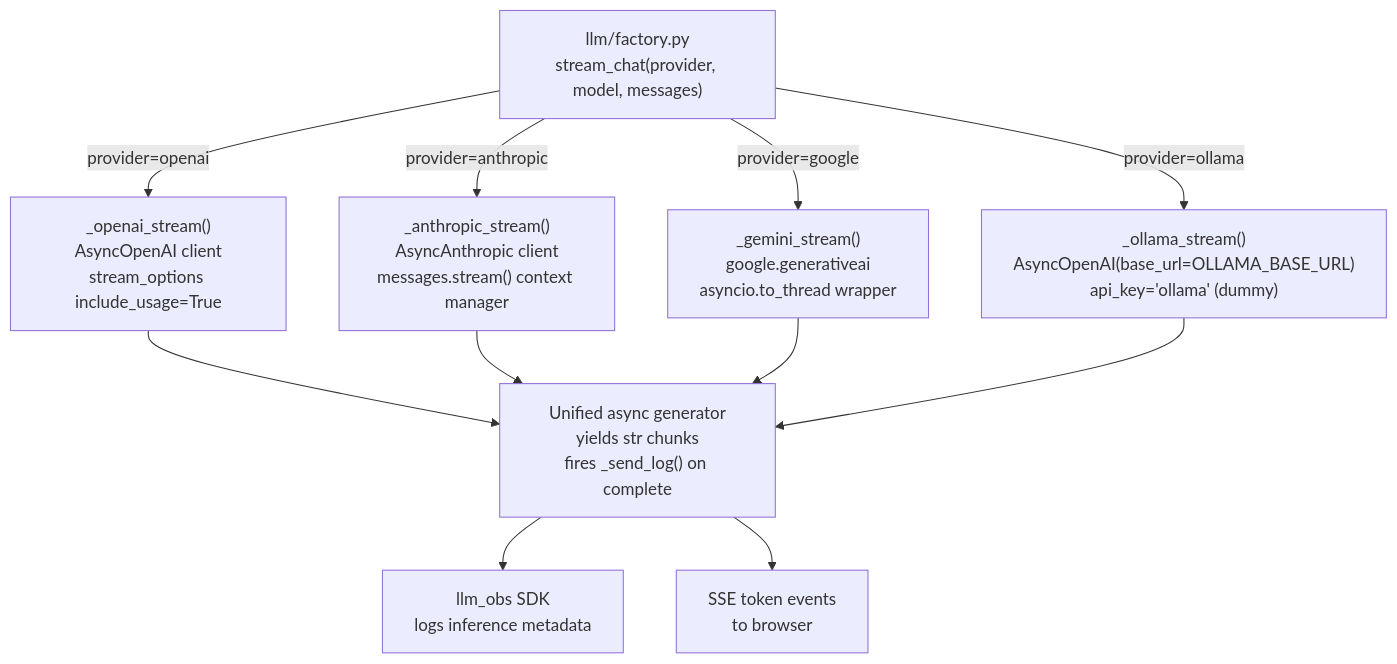
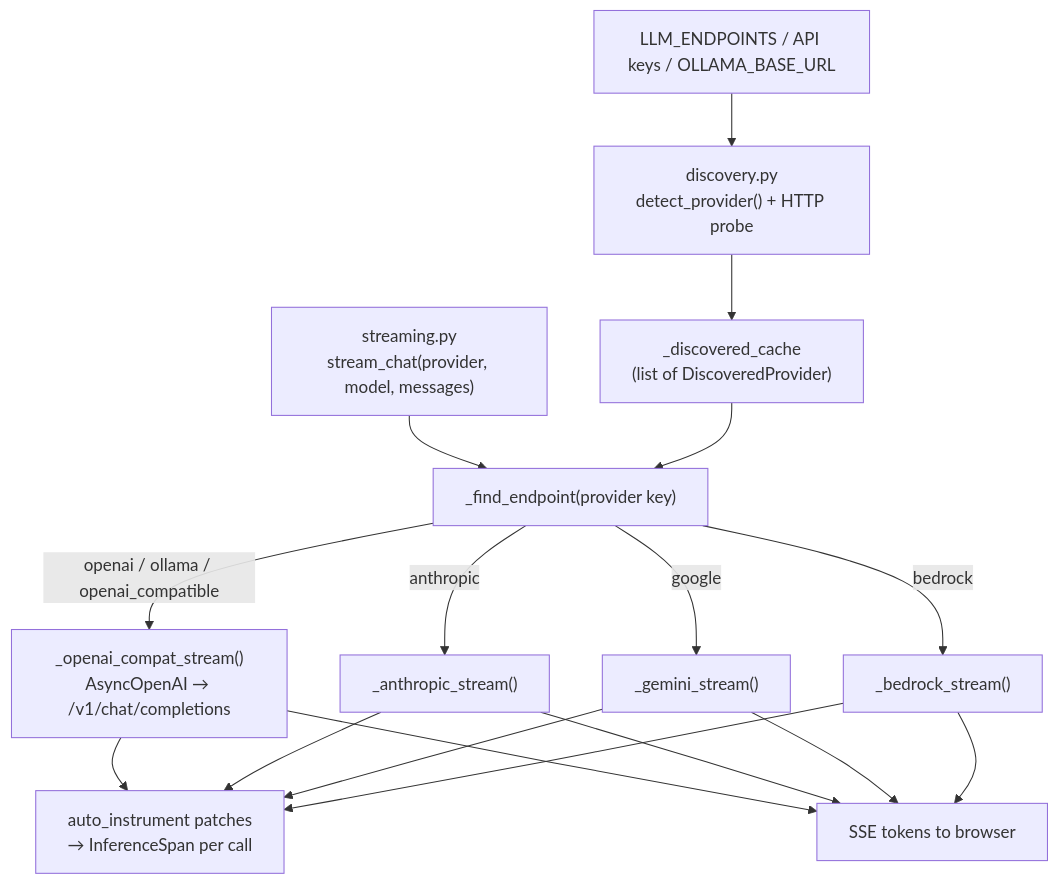
The ninth of 10 diagrams in ARCHITECTURE.md (repanareddysekhar/chatbot-llm-observability), drawn with Mermaid before and after one commit. The commit also changed other lines of this file and 1 other file, not shown here.

````diff
--- a/ARCHITECTURE.md
+++ b/ARCHITECTURE.md
@@ -502,17 +530,26 @@
 ```mermaid
 flowchart TD
-    Factory["llm/factory.py\nstream_chat(provider, model, messages)"]
-    
-    Factory -->|"provider=openai"| OpenAI["_openai_stream()\nAsyncOpenAI client\nstream_options include_usage=True"]
-    Factory -->|"provider=anthropic"| Anthropic["_anthropic_stream()\nAsyncAnthropic client\nmessages.stream() context manager"]
-    Factory -->|"provider=google"| Gemini["_gemini_stream()\ngoogle.generativeai\nasyncio.to_thread wrapper"]
-    Factory -->|"provider=ollama"| Ollama["_ollama_stream()\nAsyncOpenAI(base_url=OLLAMA_BASE_URL)\napi_key='ollama' (dummy)"]
+    Env["LLM_ENDPOINTS / API keys / OLLAMA_BASE_URL"]
+    Discover["discovery.py\ndetect_provider() + HTTP probe"]
+    Cache["_discovered_cache\n(list of DiscoveredProvider)"]
+    Stream["streaming.py\nstream_chat(provider, model, messages)"]
 
-    OpenAI --> Unified["Unified async generator\nyields str chunks\nfires _send_log() on complete"]
-    Anthropic --> Unified
-    Gemini --> Unified
-    Ollama --> Unified
+    Env --> Discover --> Cache
+    Stream --> Lookup["_find_endpoint(provider key)"]
+    Cache --> Lookup
 
-    Unified --> SDK["llm_obs SDK\nlogs inference metadata"]
-    Unified --> Browser["SSE token events\nto browser"]
+    Lookup -->|"openai / ollama / openai_compatible"| OpenAI["_openai_compat_stream()\nAsyncOpenAI → /v1/chat/completions"]
+    Lookup -->|"anthropic"| Anthropic["_anthropic_stream()"]
+    Lookup -->|"google"| Gemini["_gemini_stream()"]
+    Lookup -->|"bedrock"| Bedrock["_bedrock_stream()"]
+
+    OpenAI --> AutoInst["auto_instrument patches\n→ InferenceSpan per call"]
+    Anthropic --> AutoInst
+    Gemini --> AutoInst
+    Bedrock --> AutoInst
+
+    OpenAI --> Browser["SSE tokens to browser"]
+    Anthropic --> Browser
+    Gemini --> Browser
+    Bedrock --> Browser
 ```
````
